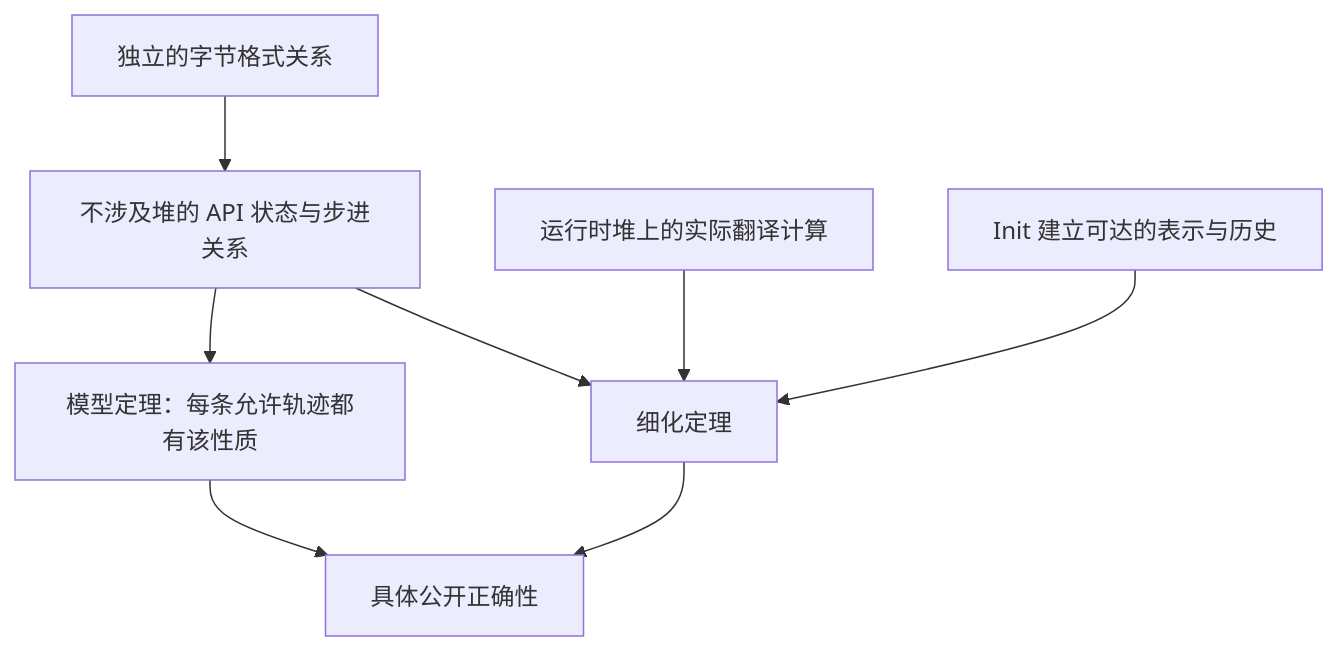
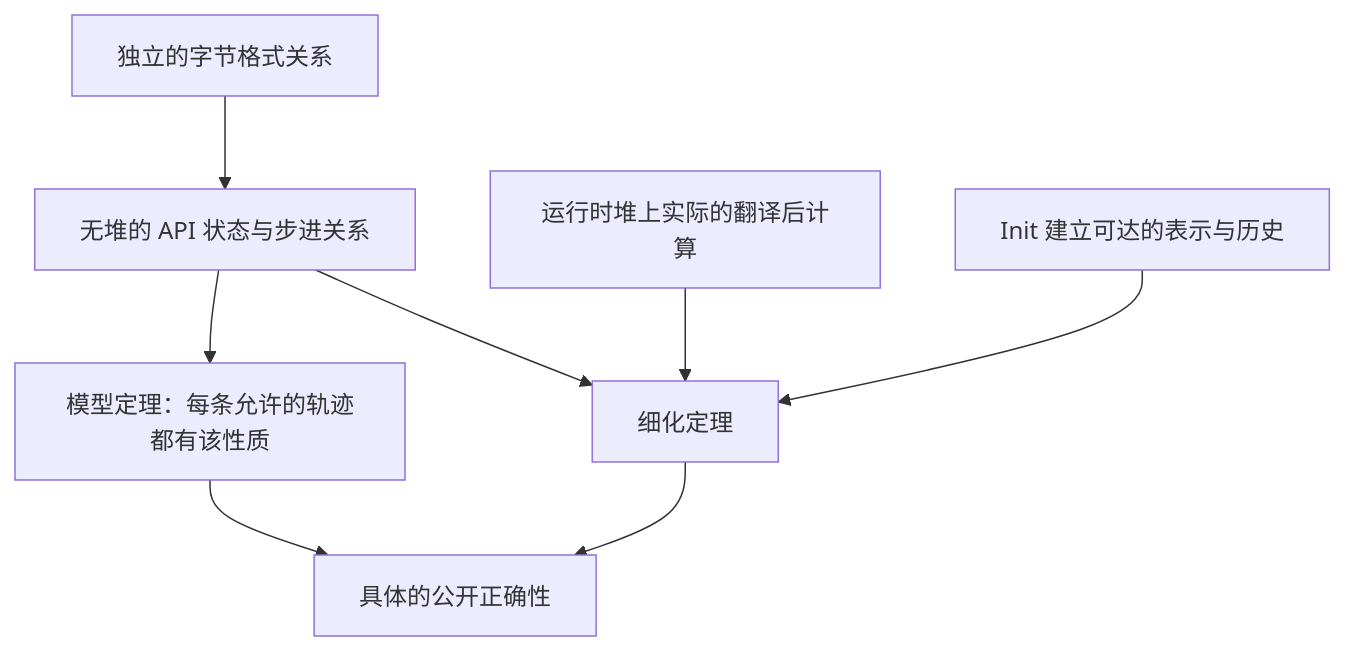
The diagram in docs/design/api-model.zh.md (cla7aye15I4nd/oss-proof), drawn with Mermaid before and after one commit. The commit also changed other lines of this file and 5 other files, not shown here.

````diff
--- a/docs/design/api-model.zh.md
+++ b/docs/design/api-model.zh.md
@@ -14,10 +15,10 @@
 ```mermaid
 flowchart TD
-    F["独立的字节格式关系"] --> M["不涉及堆的 API 状态与步进关系"]
-    M --> MT["模型定理：每条允许轨迹都有该性质"]
-    T["运行时堆上的实际翻译计算"] --> R["细化定理"]
+    F["独立的字节格式关系"] --> M["无堆的 API 状态与步进关系"]
+    M --> MT["模型定理：每条允许的轨迹都有该性质"]
+    T["运行时堆上实际的翻译后计算"] --> R["细化定理"]
     M --> R
-    R --> C["具体公开正确性"]
+    R --> C["具体的公开正确性"]
     MT --> C
     I["Init 建立可达的表示与历史"] --> R
 ```
````
